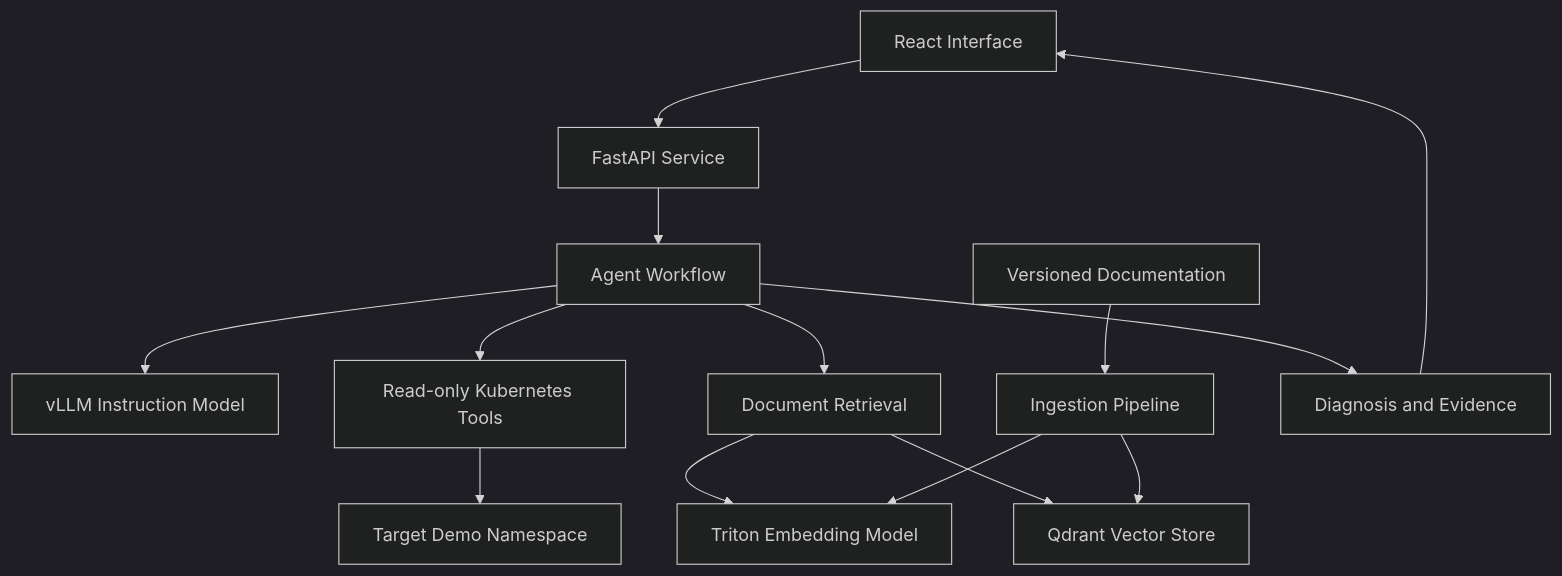
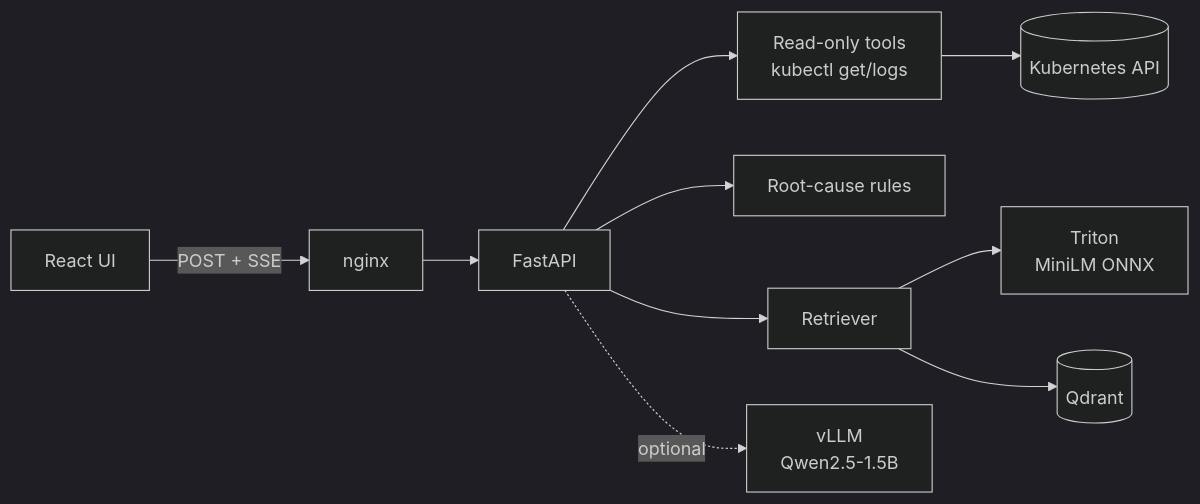
The diagram in README.md (dhyanagni2001-commits/InferOps-Copilot), drawn with Mermaid (dark theme) before and after one commit. The commit also changed other lines of this file and 136 other files, not shown here.

````diff
--- a/README.md
+++ b/README.md
@@ -142,16 +67,9 @@
 ```mermaid
-flowchart TD
-    UI["React Interface"] --> API["FastAPI Service"]
-    API --> AG["Agent Workflow"]
-    AG --> LLM["vLLM Instruction Model"]
-    AG --> KT["Read-only Kubernetes Tools"]
-    KT --> K8S["Target Demo Namespace"]
-    AG --> RET["Document Retrieval"]
-    RET --> EMB["Triton Embedding Model"]
-    RET --> DB["Qdrant Vector Store"]
-    SRC["Versioned Documentation"] --> ING["Ingestion Pipeline"]
-    ING --> EMB
-    ING --> DB
-    AG --> OUT["Diagnosis and Evidence"]
-    OUT --> UI
+flowchart LR
+    UI["React UI"] -->|POST + SSE| NGINX["nginx"] --> API["FastAPI"]
+    API --> TOOLS["Read-only tools<br/>kubectl get/logs"] --> K8S[("Kubernetes API")]
+    API --> RULES["Root-cause rules"]
+    API --> RET["Retriever"] --> TRITON["Triton<br/>MiniLM ONNX"]
+    RET --> QDRANT[("Qdrant")]
+    API -. optional .-> VLLM["vLLM<br/>Qwen2.5-1.5B"]
 ```
````
